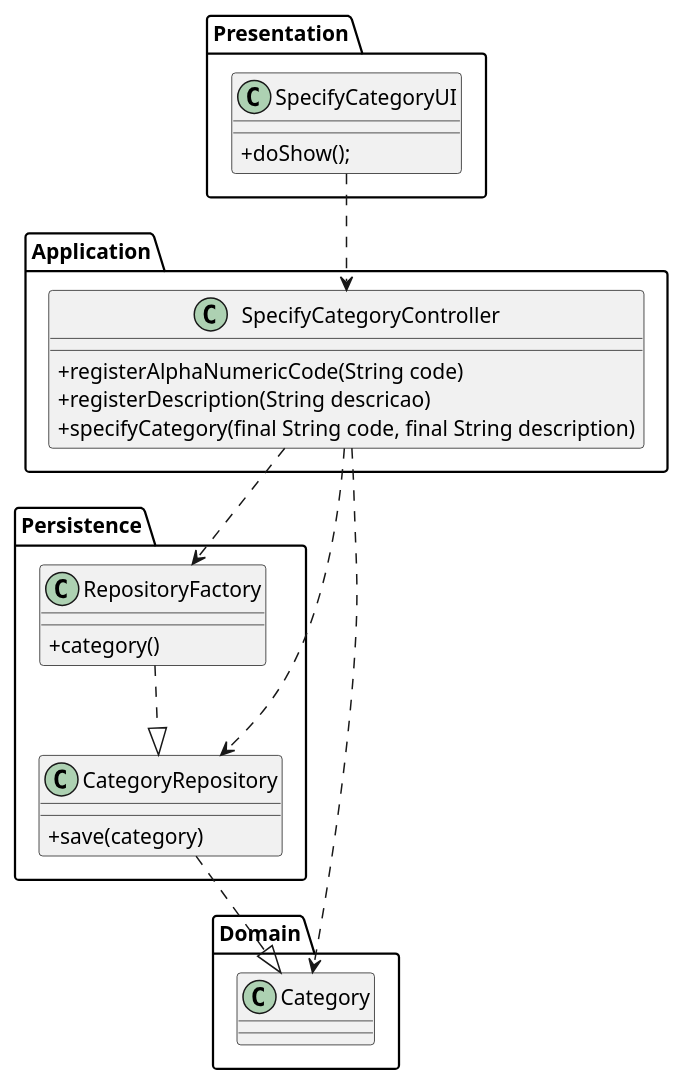
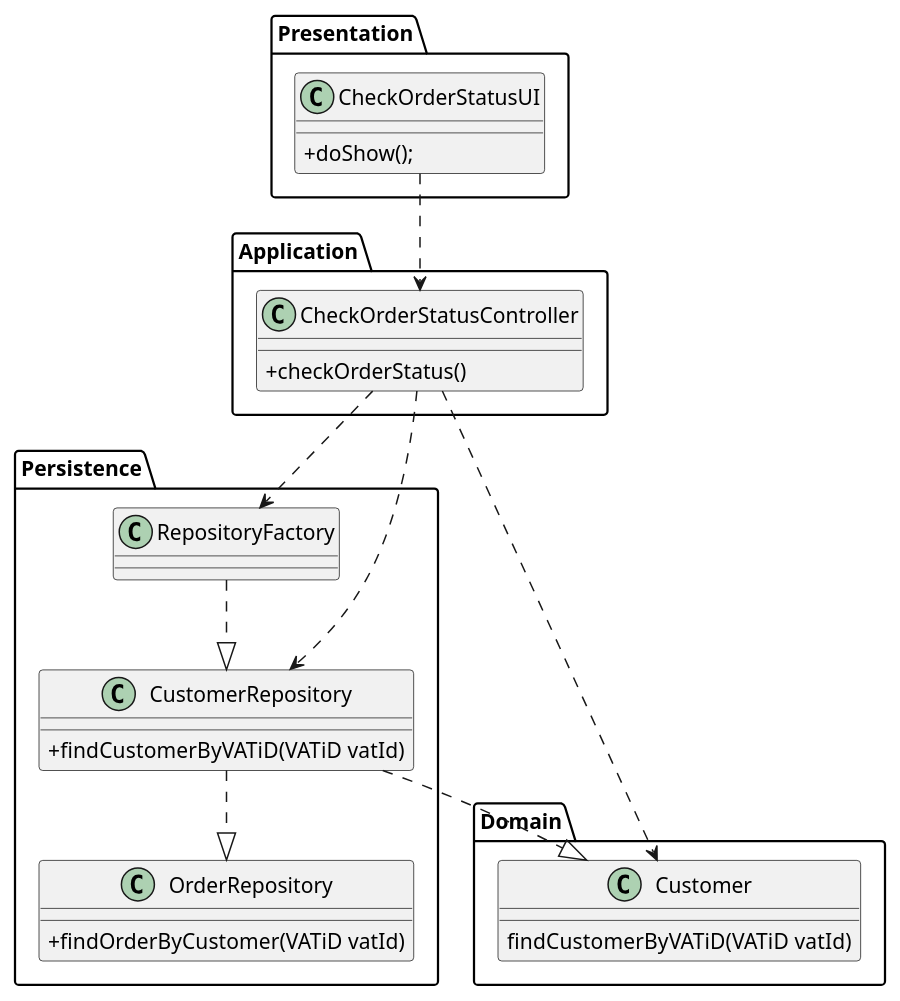
One commit to 1190772/LAB-Project-4 changed the diagram in Documentação/1190772/US1502/1502_CD.puml. Above: the diagram before and after it, drawn with PlantUML.

Commit message:
#27 CD Documentation alterations

```diff
--- a/Documentação/1190772/US1502/1502_CD.puml
+++ b/Documentação/1190772/US1502/1502_CD.puml
@@ -1,49 +1,53 @@
 @startuml
 skinparam classAttributeIconSize 0
 
 
 Package Presentation{
-class SpecifyCategoryUI {
+class CheckOrderStatusUI {
 +doShow();
 }
 }
 
 Package Application{
-class SpecifyCategoryController {
-  +registerAlphaNumericCode(String code)
-  +registerDescription(String descricao)
-  +specifyCategory(final String code, final String description)
+class CheckOrderStatusController {
+  +checkOrderStatus()
 }
 }
 
 
 Package Domain{
-class Category {
+class Customer {
+findCustomerByVATiD(VATiD vatId)
 }
 
 }
 
 Package Persistence{
+
 class RepositoryFactory{
-  +category()
 }
 
-class CategoryRepository{
-  +save(category)
+class CustomerRepository{
+  +findCustomerByVATiD(VATiD vatId)
+}
+
+class OrderRepository{
+  +findOrderByCustomer(VATiD vatId)
 }
 
 }
 
 
 
-SpecifyCategoryUI ..> SpecifyCategoryController
-SpecifyCategoryController ..> Category
-SpecifyCategoryController ..> RepositoryFactory
-SpecifyCategoryController ..> CategoryRepository
-RepositoryFactory ..|> CategoryRepository
-CategoryRepository ..|> Category
+CheckOrderStatusUI ..> CheckOrderStatusController
+CheckOrderStatusController ..> Customer
+CheckOrderStatusController ..> RepositoryFactory
+CheckOrderStatusController ..> CustomerRepository
+RepositoryFactory ..|> CustomerRepository
+CustomerRepository ..|> Customer
+CustomerRepository ..|> OrderRepository
 
 
 
 
 @enduml
```
